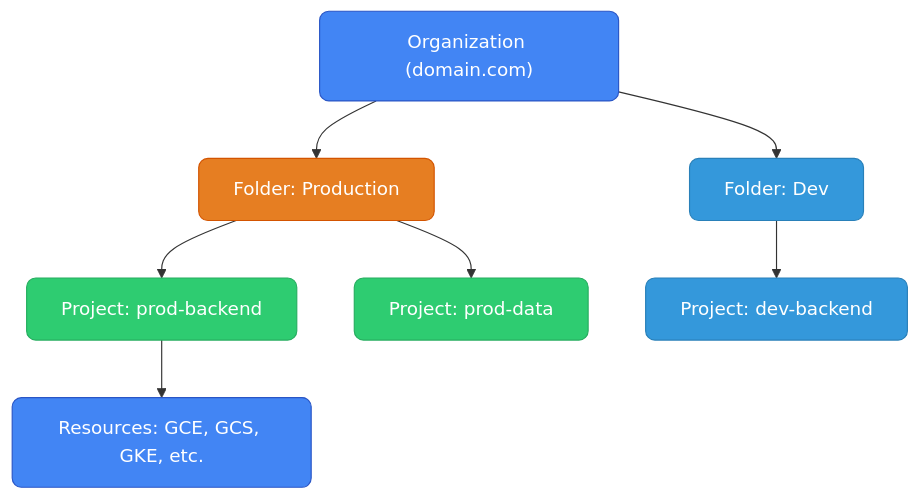
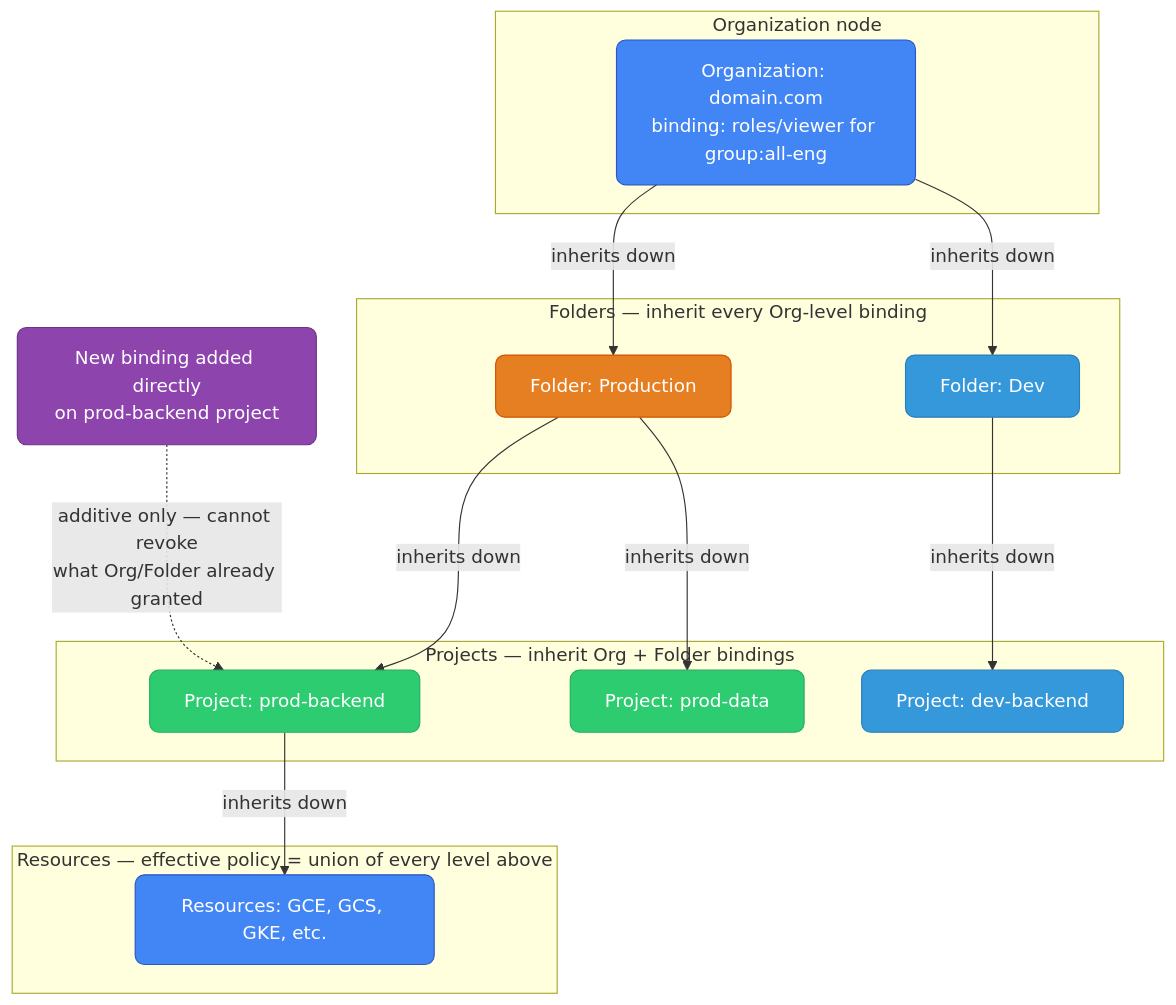
The first of 6 diagrams in gcp/services-overview.md (deepanshu-rawat6/DevOpsIndex), drawn with Mermaid before and after one commit. The commit also changed other lines of this file and 14 other files, not shown here.

````diff
--- a/gcp/services-overview.md
+++ b/gcp/services-overview.md
@@ -39,22 +44,36 @@
 ```mermaid
 graph TD
     classDef gcp fill:#4285f4,stroke:#2a56c6,color:#fff,rx:8
     classDef orange fill:#e67e22,stroke:#d35400,color:#fff,rx:8
     classDef blue fill:#3498db,stroke:#2980b9,color:#fff,rx:8
     classDef green fill:#2ecc71,stroke:#27ae60,color:#fff,rx:8
+    classDef binding fill:#8e44ad,stroke:#6c3483,color:#fff,rx:8
 
-    ORG["Organization (domain.com)"]:::gcp
-    FOLDER_A["Folder: Production"]:::orange
-    FOLDER_B["Folder: Dev"]:::blue
-    PROJ1["Project: prod-backend"]:::green
-    PROJ2["Project: prod-data"]:::green
-    PROJ3["Project: dev-backend"]:::blue
-    RES["Resources: GCE, GCS, GKE, etc."]:::gcp
+    subgraph L0["Organization node"]
+        ORG["Organization: domain.com<br/>binding: roles/viewer for group:all-eng"]:::gcp
+    end
 
-    ORG --> FOLDER_A
-    ORG --> FOLDER_B
-    FOLDER_A --> PROJ1
-    FOLDER_A --> PROJ2
-    FOLDER_B --> PROJ3
-    PROJ1 --> RES
+    subgraph L1["Folders — inherit every Org-level binding"]
+        FOLDER_A["Folder: Production"]:::orange
+        FOLDER_B["Folder: Dev"]:::blue
+    end
+
+    subgraph L2["Projects — inherit Org + Folder bindings"]
+        PROJ1["Project: prod-backend"]:::green
+        PROJ2["Project: prod-data"]:::green
+        PROJ3["Project: dev-backend"]:::blue
+    end
+
+    subgraph L3["Resources — effective policy = union of every level above"]
+        RES["Resources: GCE, GCS, GKE, etc."]:::gcp
+    end
+
+    ORG -->|"inherits down"| FOLDER_A
+    ORG -->|"inherits down"| FOLDER_B
+    FOLDER_A -->|"inherits down"| PROJ1
+    FOLDER_A -->|"inherits down"| PROJ2
+    FOLDER_B -->|"inherits down"| PROJ3
+    PROJ1 -->|"inherits down"| RES
+
+    NEWBINDING["New binding added directly<br/>on prod-backend project"]:::binding -.->|"additive only — cannot revoke<br/>what Org/Folder already granted"| PROJ1
 ```
````
